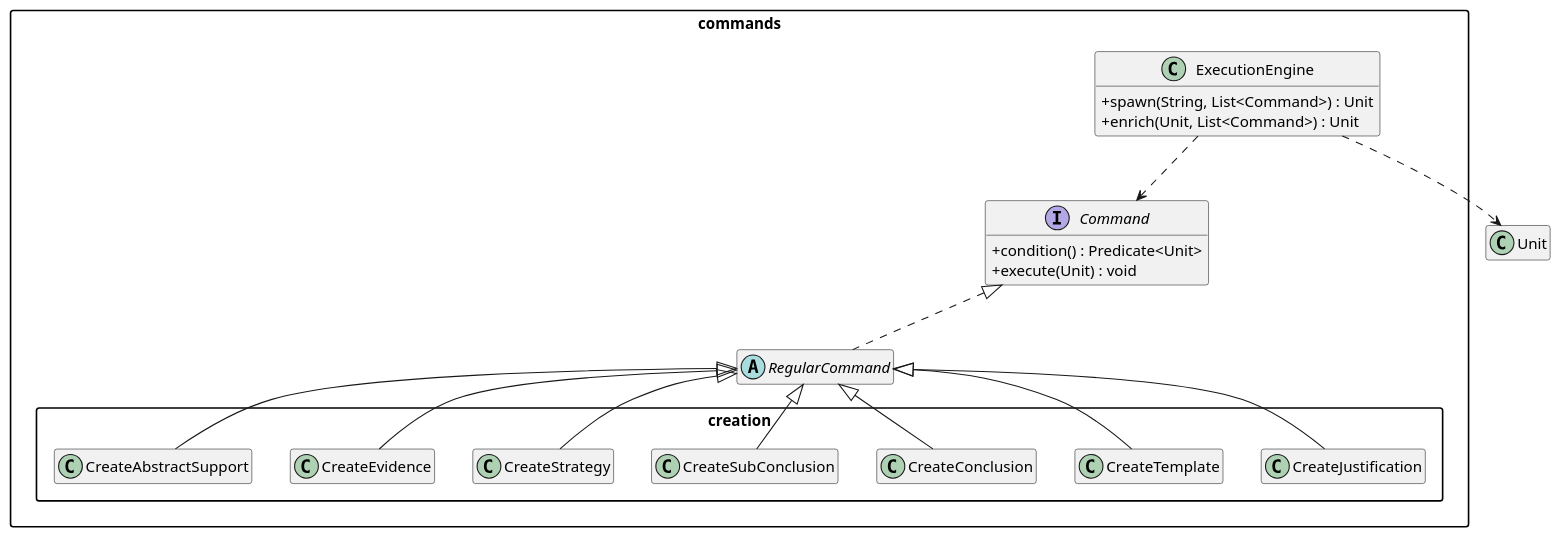
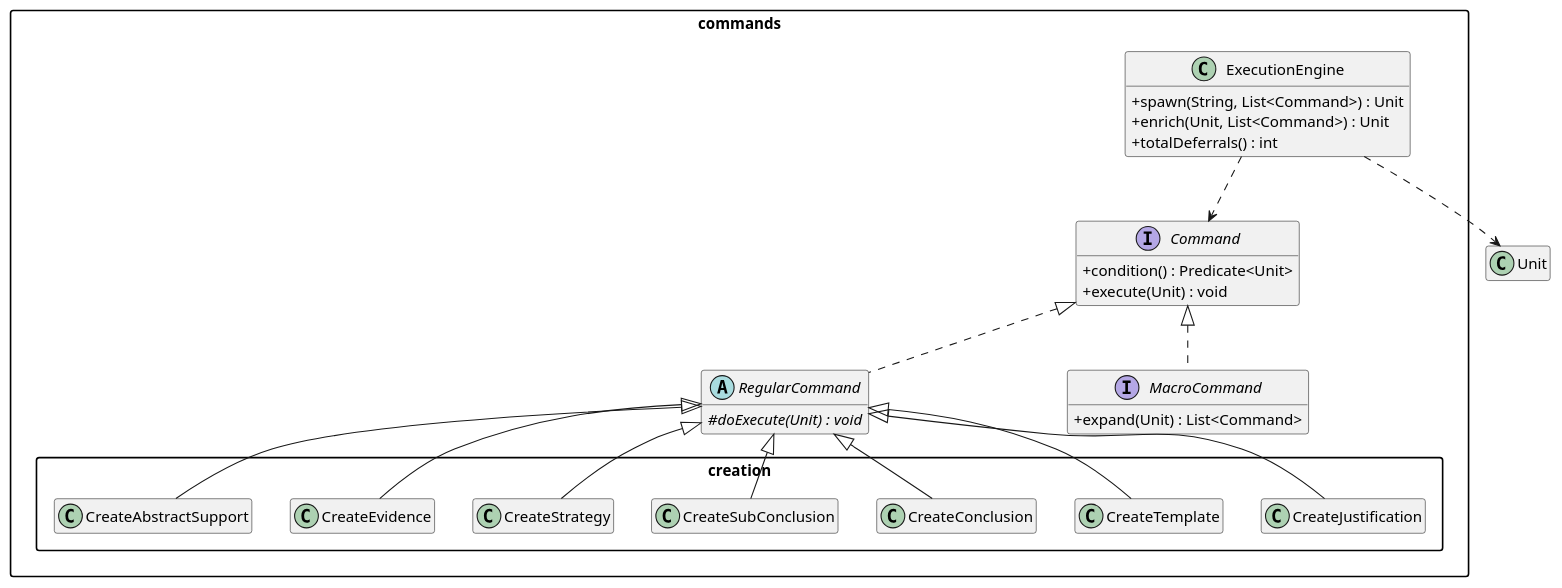
Before and after one commit to jpipe-mcscert/jpipe-compiler: the second of 3 diagrams in docs/design/model.md, drawn with PlantUML. The commit also changed other lines of this file, not shown here.

````diff
--- a/docs/design/model.md
+++ b/docs/design/model.md
@@ -157,49 +159,57 @@
 ```plantuml
 @startuml commands
 
 skinparam packageStyle rectangle
 skinparam classAttributeIconSize 0
 hide empty members
 
 ' Stub
 class Unit
 
 package "commands" {
 
   interface Command {
     + condition() : Predicate<Unit>
     + execute(Unit) : void
   }
 
-  abstract class RegularCommand
+  abstract class RegularCommand {
+    # {abstract} doExecute(Unit) : void
+  }
+
+  interface MacroCommand {
+    + expand(Unit) : List<Command>
+  }
 
   class ExecutionEngine {
     + spawn(String, List<Command>) : Unit
     + enrich(Unit, List<Command>) : Unit
+    + totalDeferrals() : int
   }
 
   Command <|.. RegularCommand
+  Command <|.. MacroCommand
   ExecutionEngine ..> Command
   ExecutionEngine ..> Unit
 }
 
 package "commands.creation" {
   class CreateJustification
   class CreateTemplate
   class CreateConclusion
   class CreateSubConclusion
   class CreateStrategy
   class CreateEvidence
   class CreateAbstractSupport
 
   RegularCommand <|-- CreateJustification
   RegularCommand <|-- CreateTemplate
   RegularCommand <|-- CreateConclusion
   RegularCommand <|-- CreateSubConclusion
   RegularCommand <|-- CreateStrategy
   RegularCommand <|-- CreateEvidence
   RegularCommand <|-- CreateAbstractSupport
 }
 
 @enduml
 ```
````
